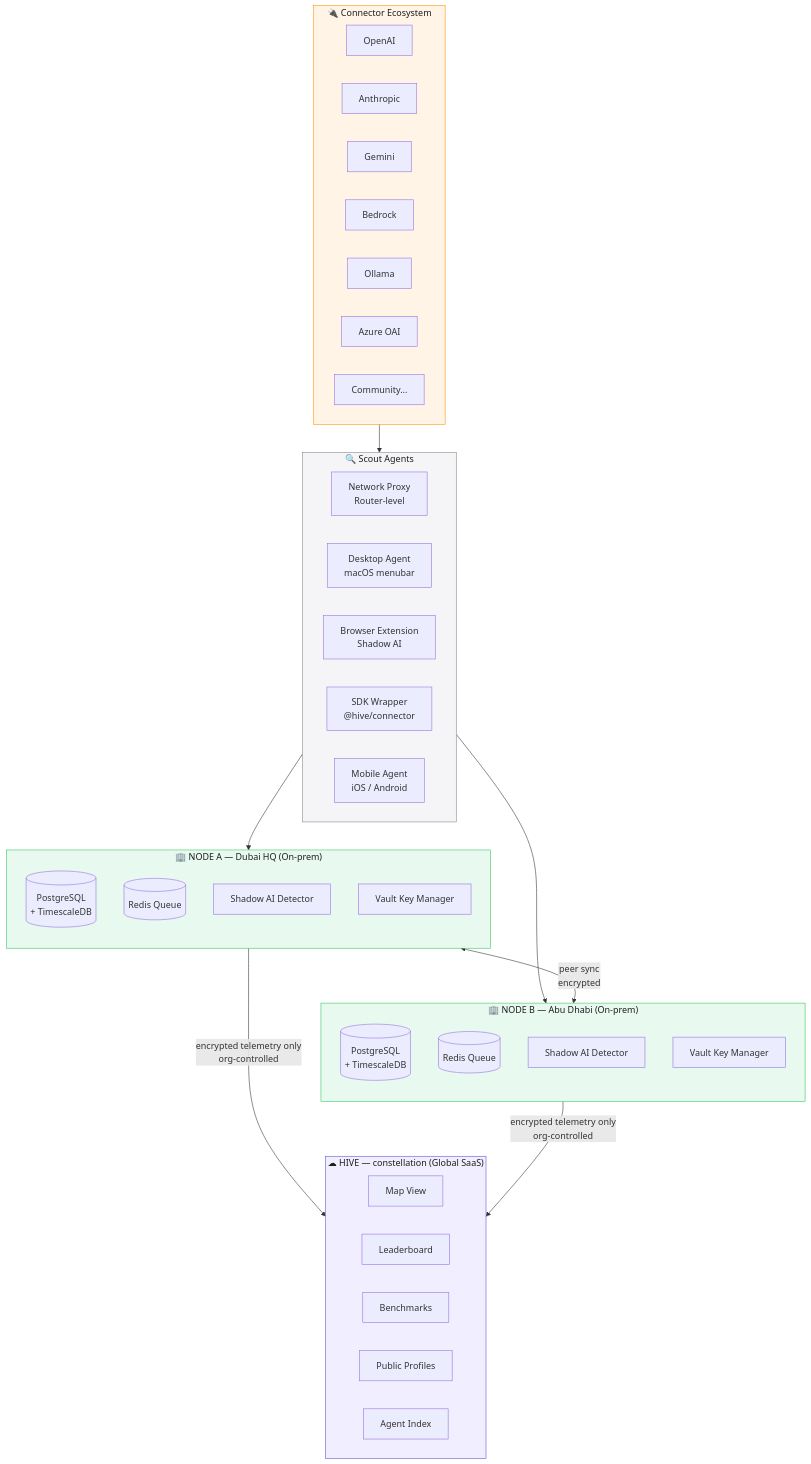
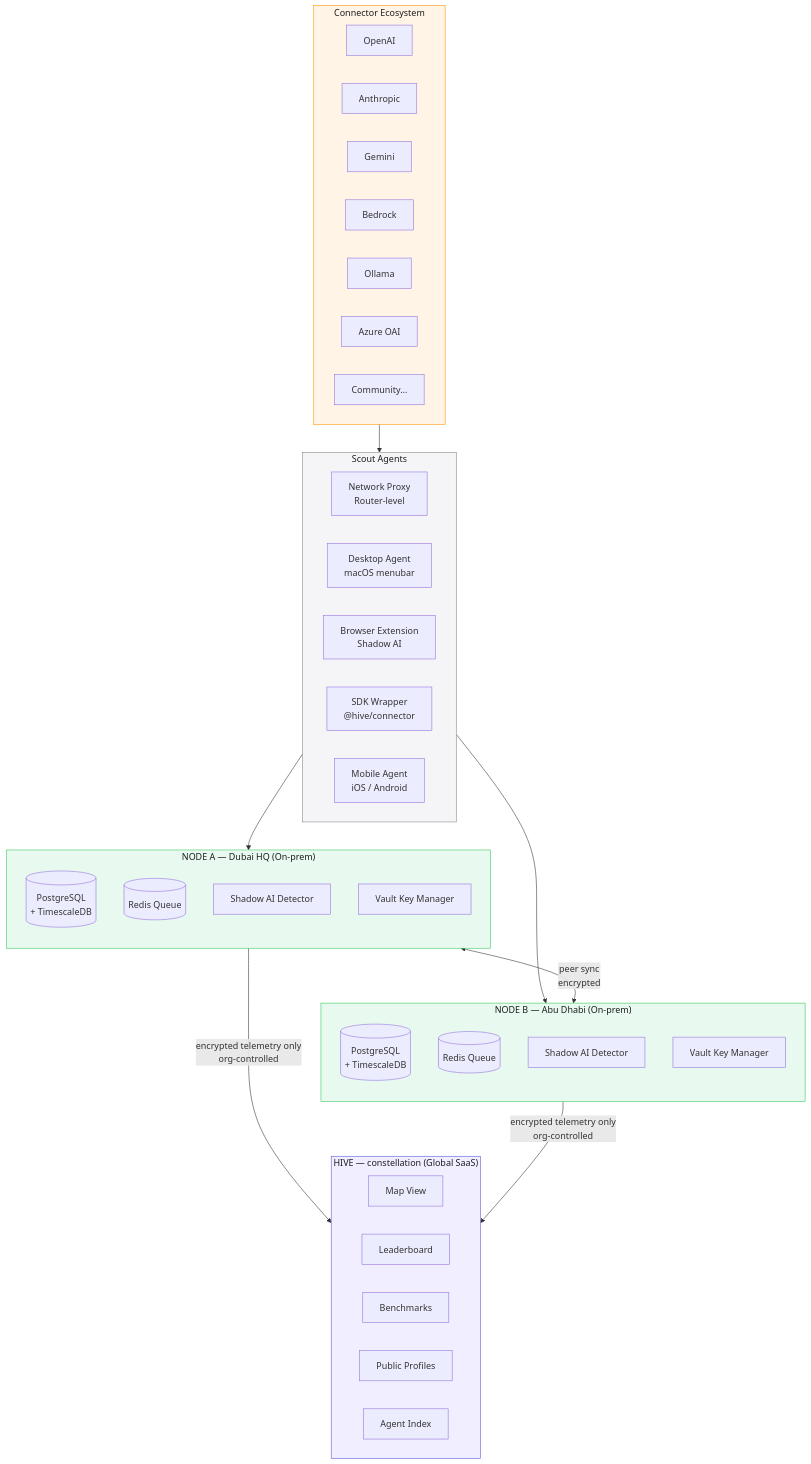
Before and after one commit to vishalm/hivehq: the second of 14 diagrams in PLAN.md, drawn with Mermaid. The commit also changed other lines of this file and 6 other files, not shown here.

````diff
--- a/PLAN.md
+++ b/PLAN.md
@@ -108,60 +108,60 @@
 ```mermaid
 graph TB
-    subgraph HIVE ["☁  HIVE — constellation (Global SaaS)"]
+    subgraph HIVE ["HIVE — constellation (Global SaaS)"]
         direction LR
         MAP[Map View]
         LB[Leaderboard]
         BM[Benchmarks]
         PP[Public Profiles]
         AI[Agent Index]
     end
 
-    subgraph NODE_A ["🏢  NODE A — Dubai HQ (On-prem)"]
+    subgraph NODE_A ["NODE A — Dubai HQ (On-prem)"]
         direction TB
         NA_PG[(PostgreSQL\n+ TimescaleDB)]
         NA_RD[(Redis Queue)]
         NA_SH[Shadow AI Detector]
         NA_VT[Vault Key Manager]
     end
 
-    subgraph NODE_B ["🏢  NODE B — Abu Dhabi (On-prem)"]
+    subgraph NODE_B ["NODE B — Abu Dhabi (On-prem)"]
         direction TB
         NB_PG[(PostgreSQL\n+ TimescaleDB)]
         NB_RD[(Redis Queue)]
         NB_SH[Shadow AI Detector]
         NB_VT[Vault Key Manager]
     end
 
-    subgraph SCOUTS ["🔍  Scout Agents"]
+    subgraph SCOUTS ["Scout Agents"]
         direction LR
         S1[Network Proxy\nRouter-level]
         S2[Desktop Agent\nmacOS menubar]
         S3[Browser Extension\nShadow AI]
         S4[SDK Wrapper\n@hive/connector]
         S5[Mobile Agent\niOS / Android]
     end
 
-    subgraph CONNECTORS ["🔌  Connector Ecosystem"]
+    subgraph CONNECTORS ["Connector Ecosystem"]
         direction LR
         C1[OpenAI]
         C2[Anthropic]
         C3[Gemini]
         C4[Bedrock]
         C5[Ollama]
         C6[Azure OAI]
         C7[Community...]
     end
 
     SCOUTS --> NODE_A
     SCOUTS --> NODE_B
     NODE_A <-->|"peer sync\nencrypted"| NODE_B
     NODE_A -->|"encrypted telemetry only\norg-controlled"| HIVE
     NODE_B -->|"encrypted telemetry only\norg-controlled"| HIVE
     CONNECTORS --> SCOUTS
 
     style HIVE fill:#F0EEFF,stroke:#5856D6,color:#1D1D1F
     style NODE_A fill:#E8F9F0,stroke:#34C759,color:#1D1D1F
     style NODE_B fill:#E8F9F0,stroke:#34C759,color:#1D1D1F
     style SCOUTS fill:#F5F5F7,stroke:#86868B,color:#1D1D1F
     style CONNECTORS fill:#FFF4E5,stroke:#FF9500,color:#1D1D1F
 ```
````
